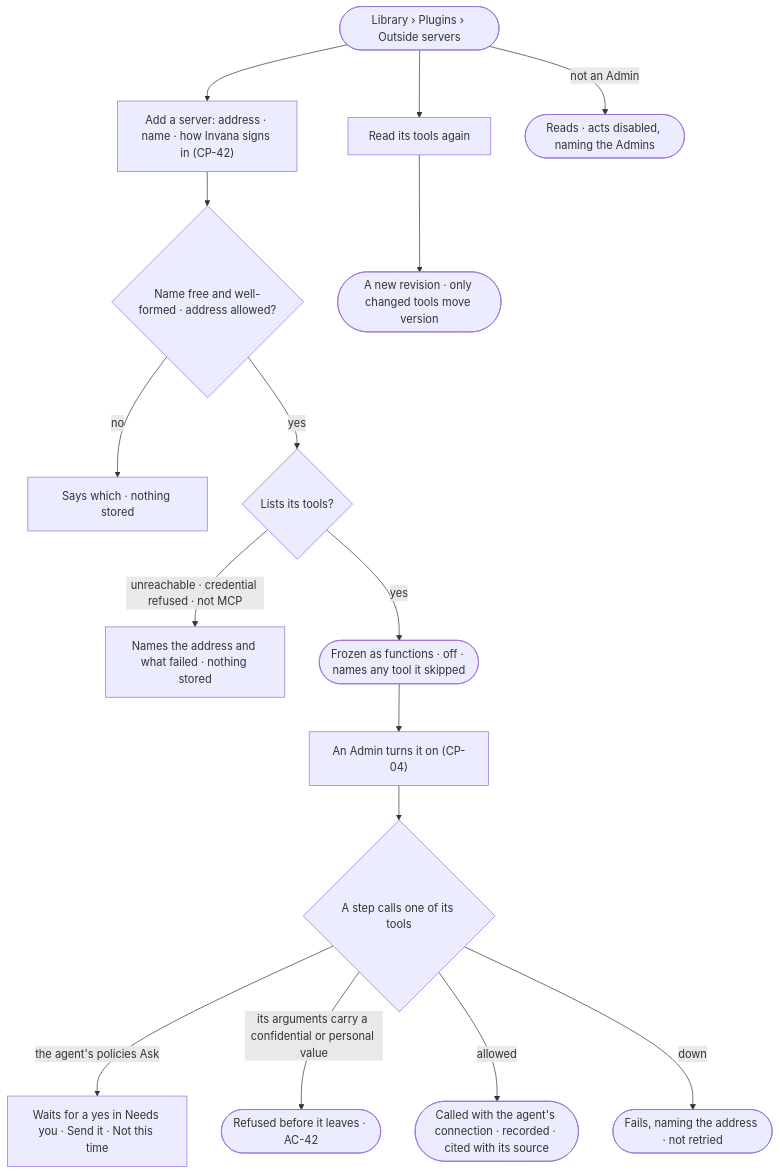
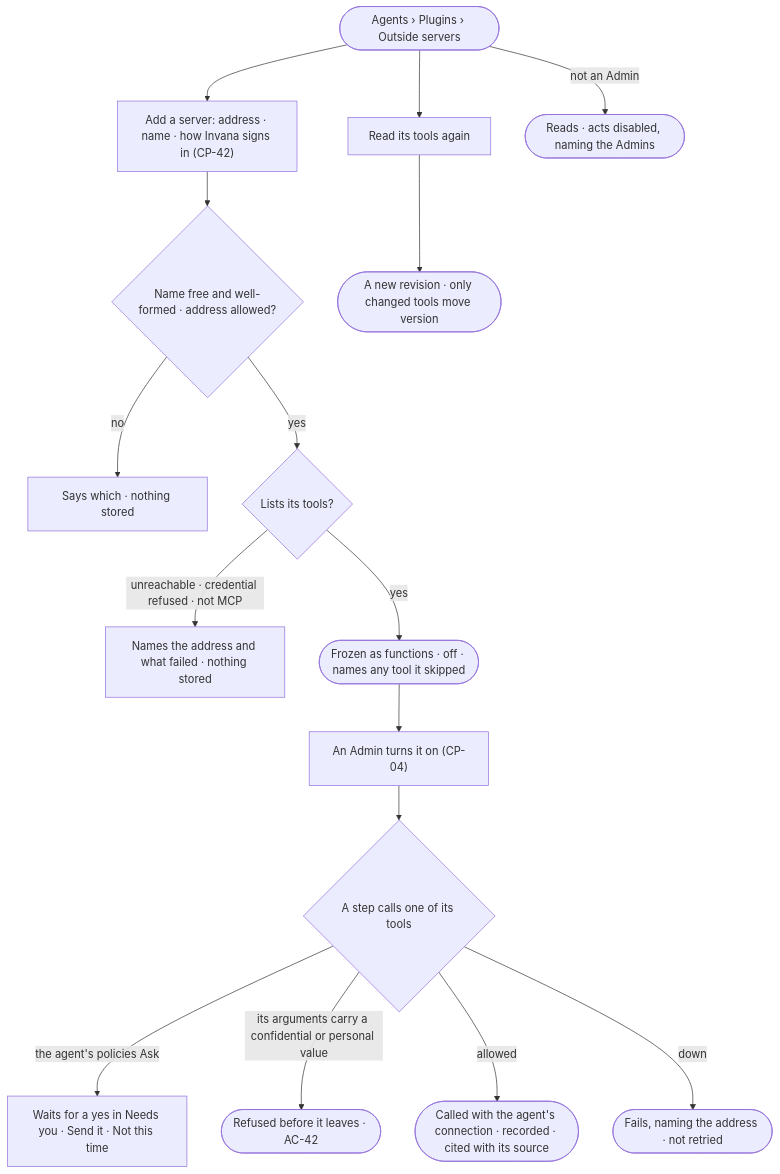
The diagram in specs/os/control/features/CP-F02-plugins-and-outside-tools/stories/CP-02-add-an-outside-mcp-server-and-let-agents-call-its-tools/story.md (invana/invana), drawn with Mermaid before and after one commit. The commit also changed 106 other files, not shown here.

````diff
--- a/specs/os/control/features/CP-F02-plugins-and-outside-tools/stories/CP-02-add-an-outside-mcp-server-and-let-agents-call-its-tools/story.md
+++ b/specs/os/control/features/CP-F02-plugins-and-outside-tools/stories/CP-02-add-an-outside-mcp-server-and-let-agents-call-its-tools/story.md
@@ -29,18 +29,18 @@
 ```mermaid
 flowchart TD
-  s([Library › Plugins › Outside servers]) --> a["Add a server: address · name · how Invana signs in (CP-42)"]
+  s([Agents › Plugins › Outside servers]) --> a["Add a server: address · name · how Invana signs in (CP-42)"]
   a --> n{"Name free and well-formed · address allowed?"}
   n -->|no| nf["Says which · nothing stored"]
   n -->|yes| l{"Lists its tools?"}
   l -->|unreachable · credential refused · not MCP| lf["Names the address and what failed · nothing stored"]
   l -->|yes| fz(["Frozen as functions · off · names any tool it skipped"])
   fz --> on["An Admin turns it on (CP-04)"]
   on --> use{"A step calls one of its tools"}
   use -->|the agent's policies Ask| ask["Waits for a yes in Needs you · Send it · Not this time"]
   use -->|its arguments carry a confidential or personal value| ob(["Refused before it leaves · AC-42"])
   use -->|allowed| call(["Called with the agent's connection · recorded · cited with its source"])
   use -->|down| down(["Fails, naming the address · not retried"])
   s --> rf["Read its tools again"]
   rf --> rv(["A new revision · only changed tools move version"])
   s -->|not an Admin| ro(["Reads · acts disabled, naming the Admins"])
 ```
````
